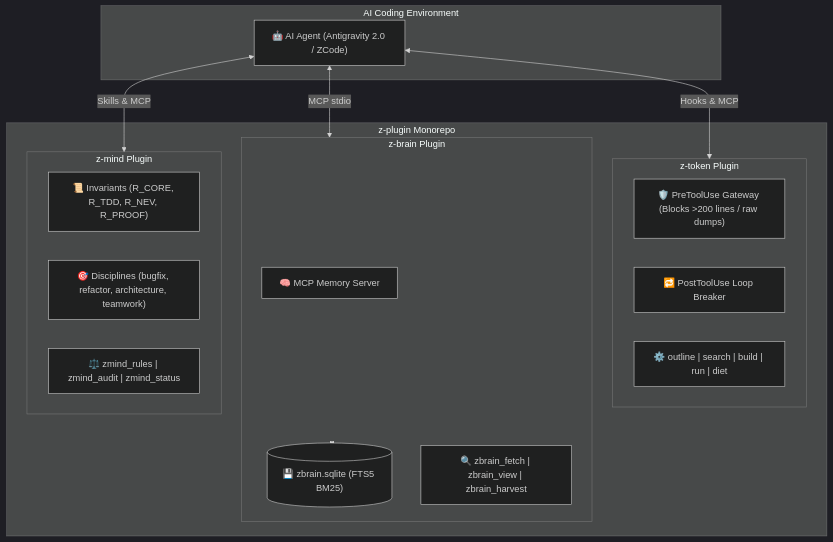
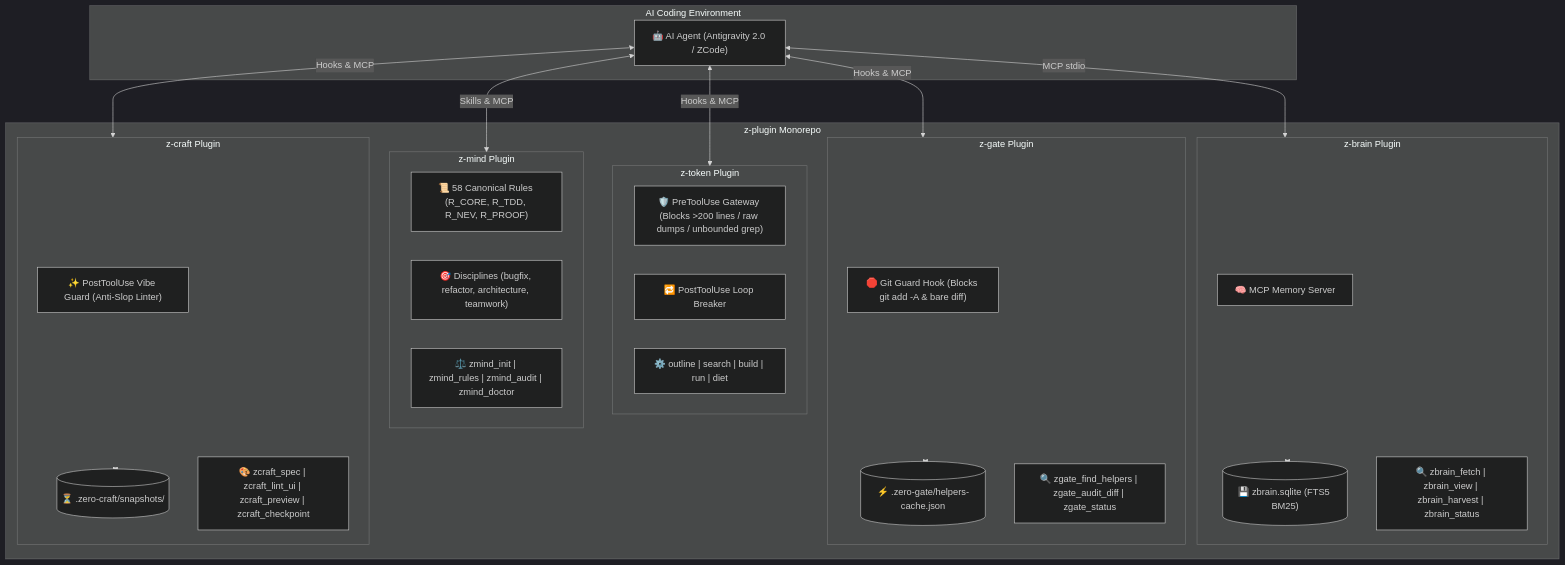
Before and after one commit to zqf20096327/dbhub_collect: the diagram in data/readmes/kzxl__z-plugin.md, drawn with Mermaid (dark theme). The commit also changed other lines of this file and 255 other files, not shown here.

````diff
--- a/data/readmes/kzxl__z-plugin.md
+++ b/data/readmes/kzxl__z-plugin.md
@@ -57,31 +65,47 @@
 ```mermaid
 flowchart TD
     subgraph IDE ["AI Coding Environment"]
         Agent["🤖 AI Agent (Antigravity 2.0 / ZCode)"]
     end
 
     subgraph ZPluginSuite ["z-plugin Monorepo"]
         subgraph ZToken ["z-token Plugin"]
-            Guard["🛡️ PreToolUse Gateway (Blocks >200 lines / raw dumps)"]
+            Guard["🛡️ PreToolUse Gateway (Blocks >200 lines / raw dumps / unbounded grep)"]
             Loop["🔁 PostToolUse Loop Breaker"]
             ToolsToken["⚙️ outline | search | build | run | diet"]
         end
 
         subgraph ZBrain ["z-brain Plugin"]
             MCPBrain["🧠 MCP Memory Server"]
             SQLite[("💾 zbrain.sqlite (FTS5 BM25)")]
-            ToolsBrain["🔍 zbrain_fetch | zbrain_view | zbrain_harvest"]
+            ToolsBrain["🔍 zbrain_fetch | zbrain_view | zbrain_harvest | zbrain_status"]
         end
 
         subgraph ZMind ["z-mind Plugin"]
-            Rules["📜 Invariants (R_CORE, R_TDD, R_NEV, R_PROOF)"]
+            Rules["📜 58 Canonical Rules (R_CORE, R_TDD, R_NEV, R_PROOF)"]
             Skills["🎯 Disciplines (bugfix, refactor, architecture, teamwork)"]
-            ToolsMind["⚖️ zmind_rules | zmind_audit | zmind_status"]
+            ToolsMind["⚖️ zmind_init | zmind_rules | zmind_audit | zmind_doctor"]
+        end
+
+        subgraph ZGate ["z-gate Plugin"]
+            GitGuard["🛑 Git Guard Hook (Blocks git add -A & bare diff)"]
+            Cache[("⚡ .zero-gate/helpers-cache.json")]
+            ToolsGate["🔍 zgate_find_helpers | zgate_audit_diff | zgate_status"]
+        end
+
+        subgraph ZCraft ["z-craft Plugin"]
+            VibeGuard["✨ PostToolUse Vibe Guard (Anti-Slop Linter)"]
+            TimeMachine[("⏳ .zero-craft/snapshots/")]
+            ToolsCraft["🎨 zcraft_spec | zcraft_lint_ui | zcraft_preview | zcraft_checkpoint"]
         end
     end
 
     Agent <-->|"Hooks & MCP"| ZToken
     Agent <-->|"MCP stdio"| ZBrain
     Agent <-->|"Skills & MCP"| ZMind
+    Agent <-->|"Hooks & MCP"| ZGate
+    Agent <-->|"Hooks & MCP"| ZCraft
     ZBrain <--> SQLite
+    ZGate <--> Cache
+    ZCraft <--> TimeMachine
 ```
````
